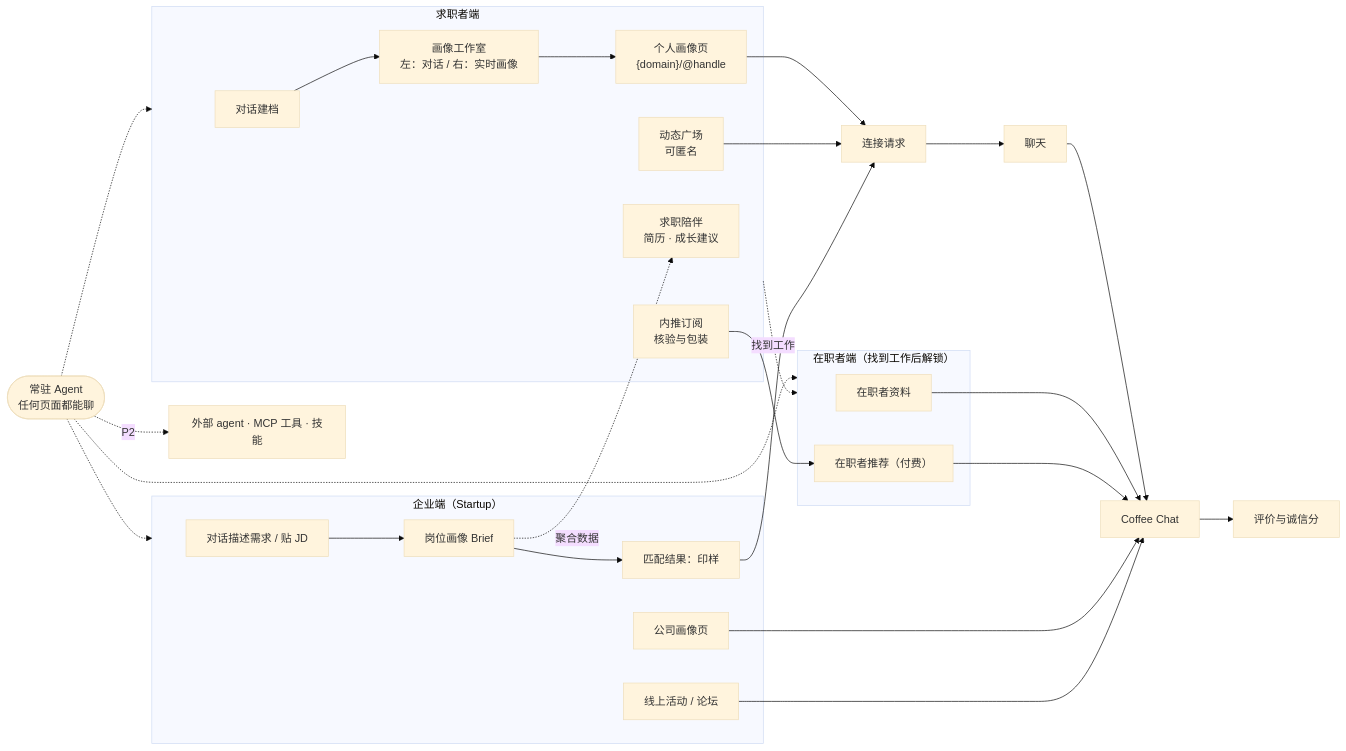
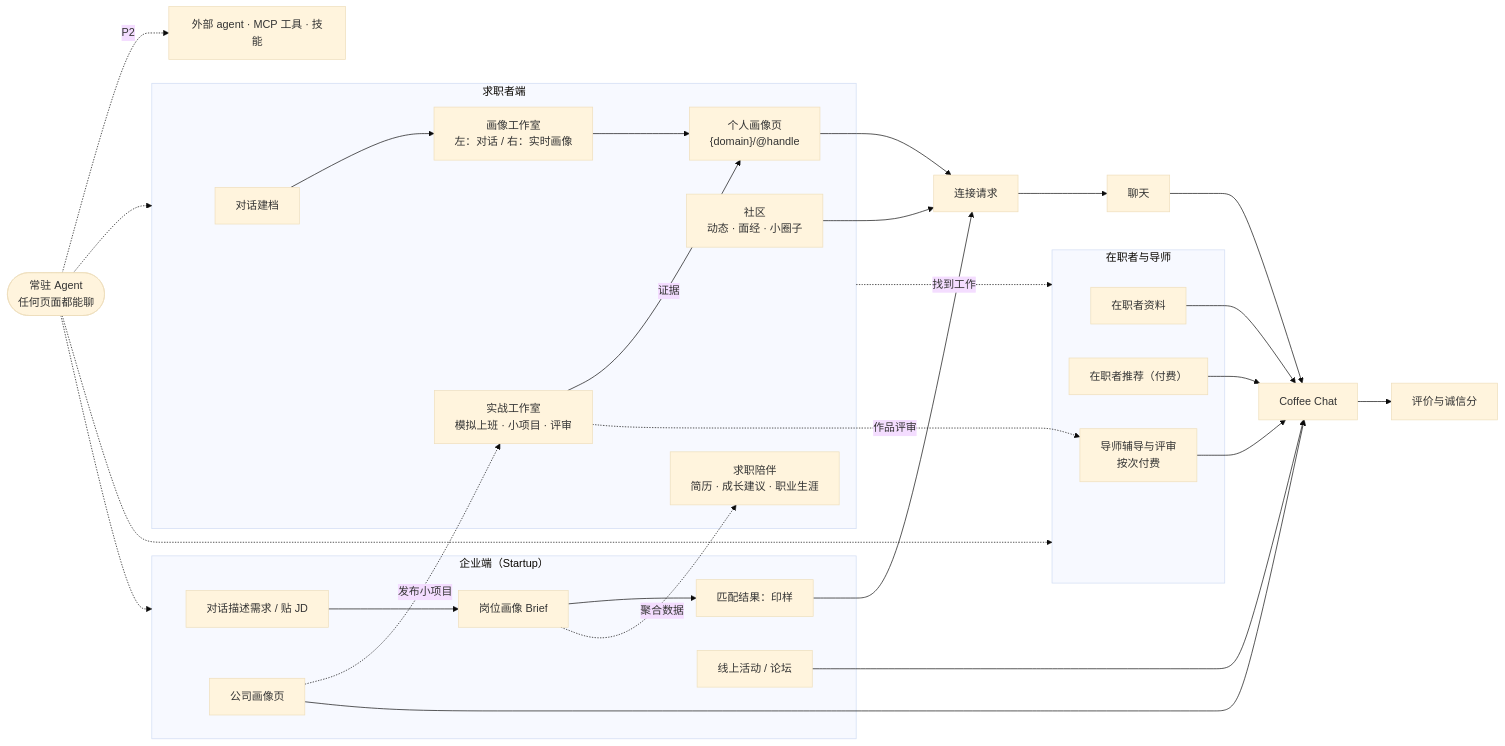
The diagram in docs/PRD.md (mikeaccio666-debug/employee-research-agent), drawn with Mermaid (base theme) before and after one commit. The commit also changed other lines of this file, not shown here.

````diff
--- a/docs/PRD.md
+++ b/docs/PRD.md
@@ -131,38 +152,42 @@
 ```mermaid
 flowchart LR
   AG(["常驻 Agent<br/>任何页面都能聊"])
   subgraph T["求职者端"]
     T1["对话建档"] --> T2["画像工作室<br/>左：对话 / 右：实时画像"]
     T2 --> T3["个人画像页<br/>{domain}/@handle"]
-    T4["动态广场<br/>可匿名"]
-    T5["求职陪伴<br/>简历 · 成长建议"]
-    T6["内推订阅<br/>核验与包装"]
+    T4["社区<br/>动态 · 面经 · 小圈子"]
+    T5["求职陪伴<br/>简历 · 成长建议 · 职业生涯"]
+    T6["实战工作室<br/>模拟上班 · 小项目 · 评审"]
   end
-  subgraph I["在职者端（找到工作后解锁）"]
+  subgraph I["在职者与导师"]
     I1["在职者资料"]
     I2["在职者推荐（付费）"]
+    I3["导师辅导与评审<br/>按次付费"]
   end
   subgraph C["企业端（Startup）"]
     C1["对话描述需求 / 贴 JD"] --> C2["岗位画像 Brief"]
     C2 --> C3["匹配结果：印样"]
     C4["公司画像页"]
     C5["线上活动 / 论坛"]
   end
   AG -.-> T
   AG -.-> I
   AG -.-> C
   AG -.->|"P2"| EX["外部 agent · MCP 工具 · 技能"]
   T -.->|"找到工作"| I
-  T6 --> I2
+  T6 -->|"证据"| T3
+  T6 -.->|"作品评审"| I3
+  C4 -.->|"发布小项目"| T6
   C2 -.->|"聚合数据"| T5
   T3 --> X1["连接请求"]
   T4 --> X1
   C3 --> X1
   X1 --> X2["聊天"]
   X2 --> X3["Coffee Chat"]
   I1 --> X3
   I2 --> X3
+  I3 --> X3
   C4 --> X3
   C5 --> X3
   X3 --> X4["评价与诚信分"]
 ```
````
